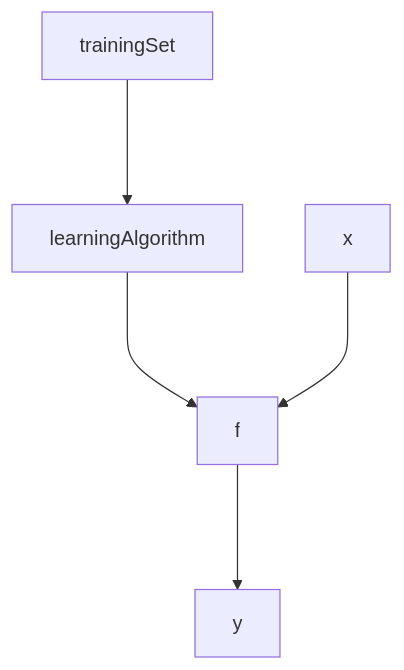
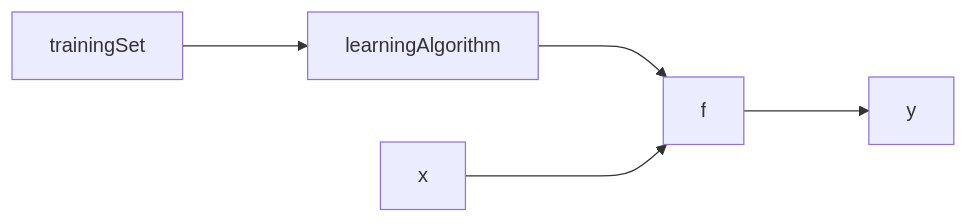
The diagram in ML/MyNote/1. 线性回归模型.md (rek937/ALGORITHM), drawn with Mermaid before and after one commit. The commit also changed other lines of this file, not shown here.

````diff
--- a/ML/MyNote/1. 线性回归模型.md
+++ b/ML/MyNote/1. 线性回归模型.md
@@ -17,6 +18,6 @@
 ```mermaid
-graph TD
+graph LR
 trainingSet ---> learningAlgorithm
 learningAlgorithm ---> f
 x ---> f ---> y
 ```
````
